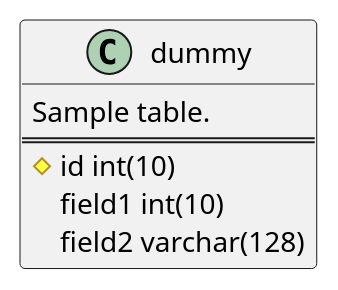
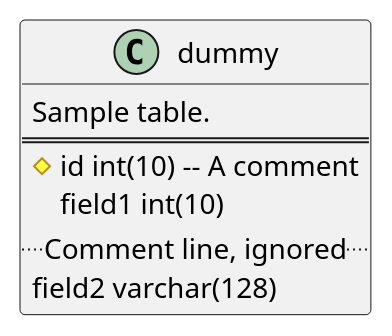
The diagram in README.md (grafov/plantuml2mysql), drawn with PlantUML before and after one commit. The commit also changed other lines of this file and 1 other file, not shown here.

```diff
--- a/README.md
+++ b/README.md
@@ -15,11 +16,12 @@
     @startuml
 
     class dummy {
       Sample table.
       ==
-      #id int(10)
+      #id int(10) -- A comment
       field1 int(10)
+      .. Comment line, ignored ..
       field2 varchar(128)
     }
 
     @enduml
```
